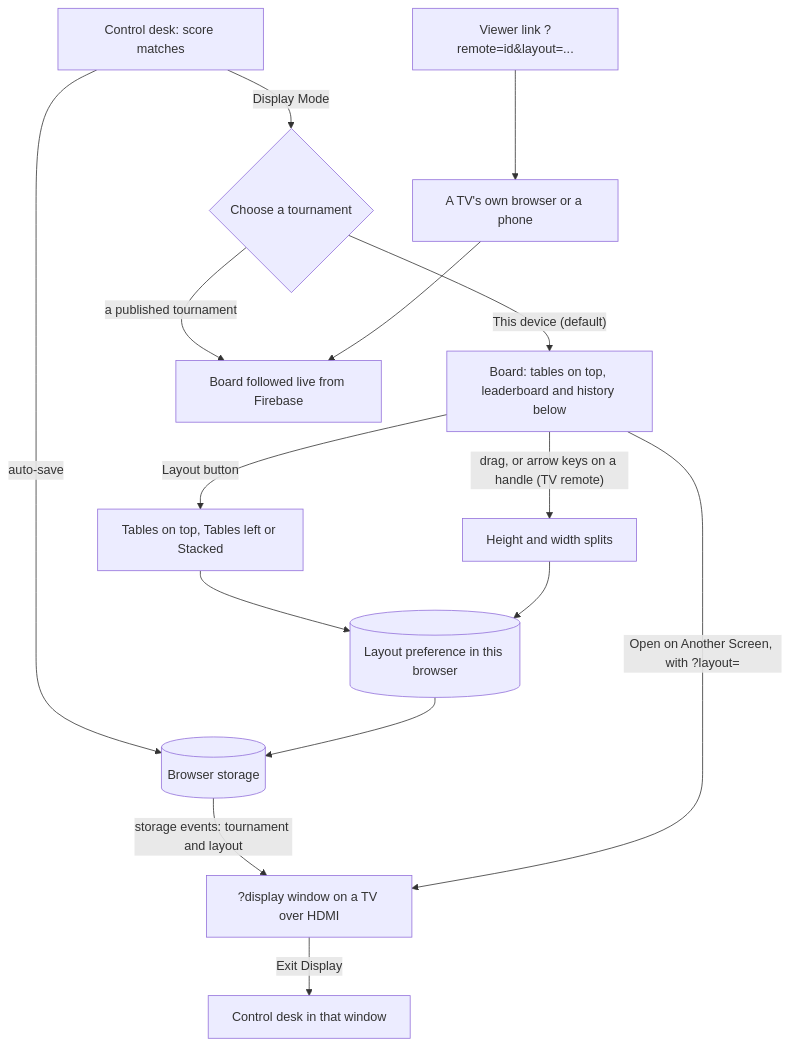
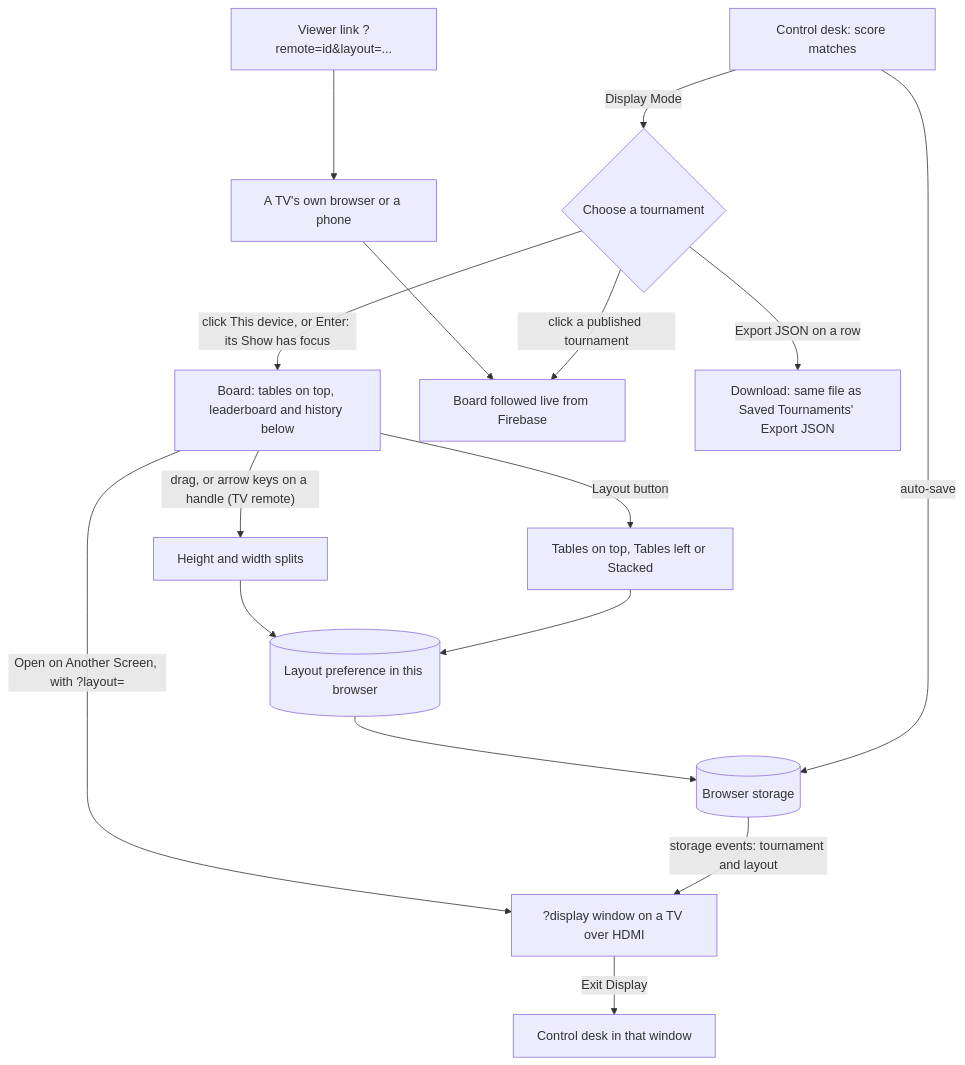
The fifth of 7 diagrams in README.md (DT209/foos-tourney), drawn with Mermaid before and after one commit. The commit also changed other lines of this file and 7 other files, not shown here.

First line of the commit message:
Display Mode list: one click shows a tournament; Export JSON per row

````diff
--- a/README.md
+++ b/README.md
@@ -275,17 +278,18 @@
 ```mermaid
 flowchart TD
     DESK["Control desk: score matches"] -->|"Display Mode"| PICK{"Choose a tournament"}
-    PICK -->|"This device (default)"| BOARD["Board: tables on top, leaderboard and history below"]
-    PICK -->|"a published tournament"| LIVE["Board followed live from Firebase"]
+    PICK -->|"click This device, or Enter: its Show has focus"| BOARD["Board: tables on top, leaderboard and history below"]
+    PICK -->|"click a published tournament"| LIVE["Board followed live from Firebase"]
+    PICK -->|"Export JSON on a row"| FILE["Download: same file as Saved Tournaments' Export JSON"]
     BOARD -->|"Layout button"| ARR["Tables on top, Tables left or Stacked"]
     BOARD -->|"drag, or arrow keys on a handle (TV remote)"| SIZE["Height and width splits"]
     ARR --> PREF[("Layout preference in this browser")]
     SIZE --> PREF
     DESK -->|"auto-save"| LS[("Browser storage")]
     LS -->|"storage events: tournament and layout"| WIN["?display window on a TV over HDMI"]
     PREF --> LS
     BOARD -->|"Open on Another Screen, with ?layout="| WIN
     LINK["Viewer link ?remote=id&layout=..."] --> TVB["A TV's own browser or a phone"]
     TVB --> LIVE
     WIN -->|"Exit Display"| DESK2["Control desk in that window"]
 ```
````
